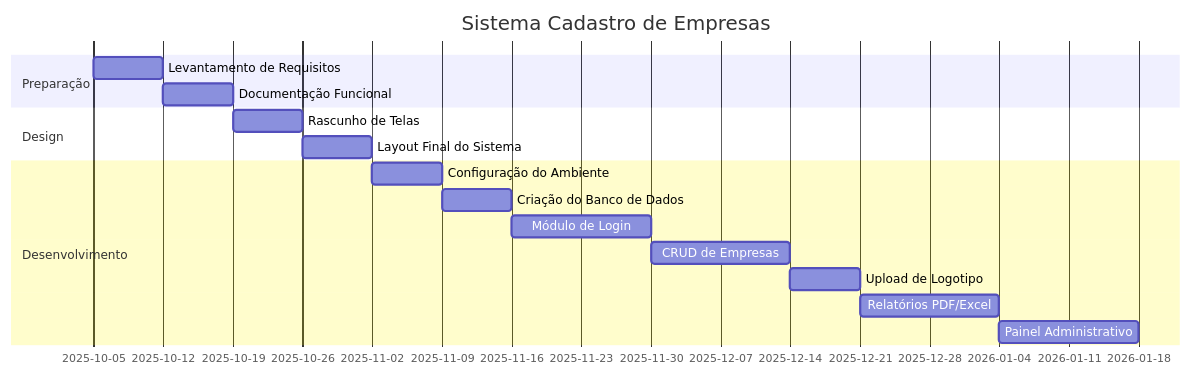
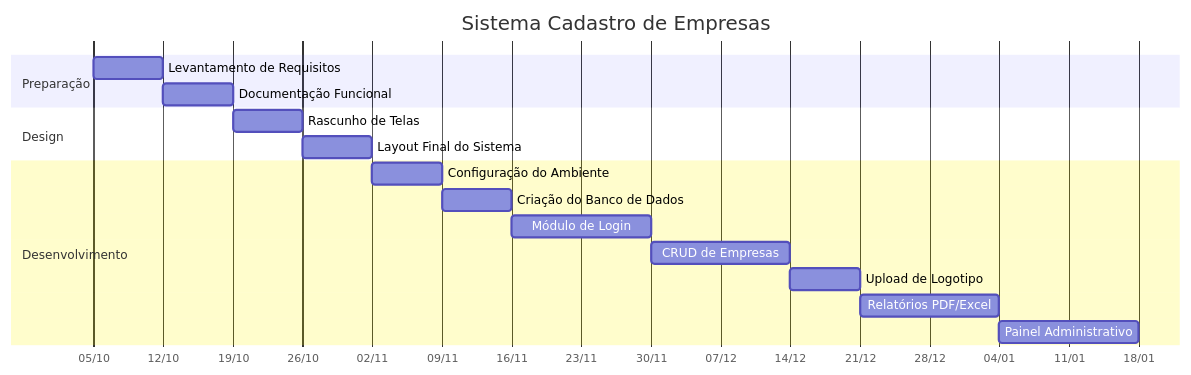
Before and after one commit to LucasBParada/modelos-gantt-crystal: the diagram in README.md, drawn with Mermaid.

````diff
--- a/README.md
+++ b/README.md
@@ -1,22 +1,23 @@
 ```mermaid
 gantt
     title Sistema Cadastro de Empresas
     dateFormat YYYY-MM-DD
+    axisFormat  %d/%m
 
 section Preparação
     Levantamento de Requisitos          :a1, 2025-10-05, 7d
     Documentação Funcional              :a2, after a1, 7d
 
 section Design
     Rascunho de Telas                   :a3, after a2, 7d
     Layout Final do Sistema             :a4, after a3, 7d
 
     section Desenvolvimento
     Configuração do Ambiente            :a5, after a4, 7d
     Criação do Banco de Dados           :a6, after a5, 7d
     Módulo de Login                     :a7, after a6, 14d
     CRUD de Empresas                    :a8, after a7, 14d
     Upload de Logotipo                  :a9, after a8, 7d
     Relatórios PDF/Excel               :a10, after a9, 14d
     Painel Administrativo              :a11, after a10, 14d
 ```
````
